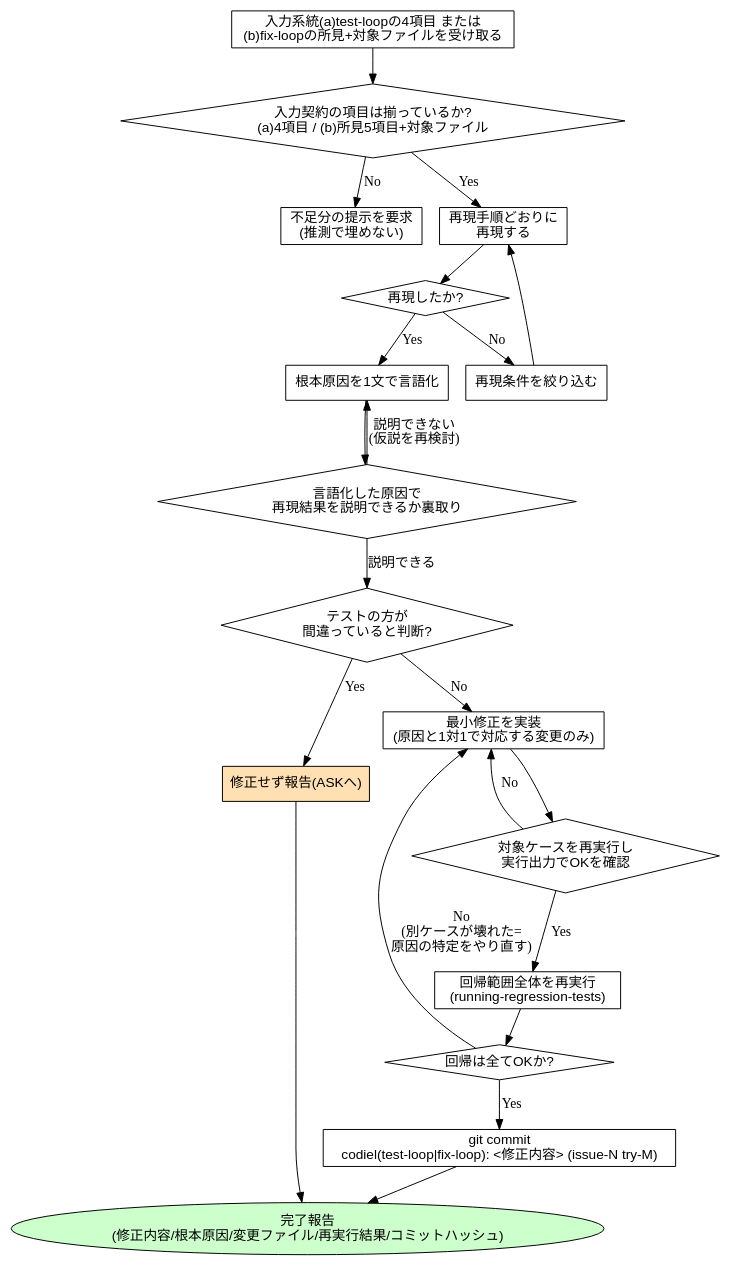
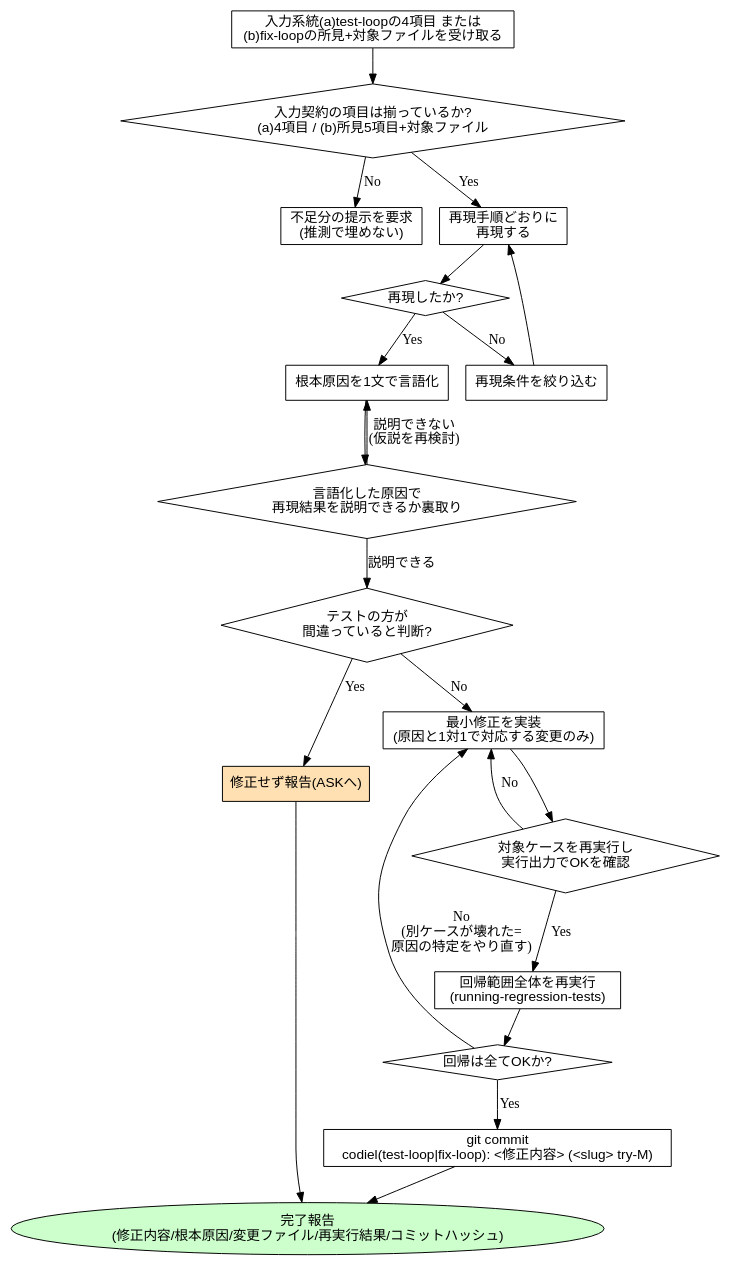
The ninth of 15 diagrams in plugins/codiel/docs/skill-flowcharts.md (Amatsuka-kobo/amatsuka-claude-plugins), drawn with Graphviz before and after one commit. The commit also changed other lines of this file and 15 other files, not shown here.

````diff
--- a/plugins/codiel/docs/skill-flowcharts.md
+++ b/plugins/codiel/docs/skill-flowcharts.md
@@ -378,55 +341,55 @@
 ```dot
 digraph fixing_failures {
   rankdir=TB;
   node [fontname="sans-serif"];
 
   receive [label="入力系統(a)test-loopの4項目 または\n(b)fix-loopの所見+対象ファイルを受け取る", shape=box];
   complete_input [label="入力契約の項目は揃っているか?\n(a)4項目 / (b)所見5項目+対象ファイル", shape=diamond];
   request_more [label="不足分の提示を要求\n(推測で埋めない)", shape=box];
 
   reproduce [label="再現手順どおりに\n再現する", shape=box];
   reproduced [label="再現したか?", shape=diamond];
   narrow [label="再現条件を絞り込む", shape=box];
 
   hypothesize [label="根本原因を1文で言語化", shape=box];
   verify_cause [label="言語化した原因で\n再現結果を説明できるか裏取り", shape=diamond];
 
   spec_wrong [label="テストの方が\n間違っていると判断?", shape=diamond];
   escalate [label="修正せず報告(ASKへ)", shape=box, style=filled, fillcolor="#ffe0b3"];
 
   minimal_fix [label="最小修正を実装\n(原因と1対1で対応する変更のみ)", shape=box];
   verify_target [label="対象ケースを再実行し\n実行出力でOKを確認", shape=diamond];
   regress_all [label="回帰範囲全体を再実行\n(running-regression-tests)", shape=box];
   regress_ok [label="回帰は全てOKか?", shape=diamond];
 
-  commit [label="git commit\ncodiel(test-loop|fix-loop): <修正内容> (issue-N try-M)", shape=box];
+  commit [label="git commit\ncodiel(test-loop|fix-loop): <修正内容> (<slug> try-M)", shape=box];
   report [label="完了報告\n(修正内容/根本原因/変更ファイル/再実行結果/コミットハッシュ)", shape=ellipse, style=filled, fillcolor="#ccffcc"];
 
   receive -> complete_input;
   complete_input -> request_more [label="No"];
   complete_input -> reproduce [label="Yes"];
 
   reproduce -> reproduced;
   reproduced -> narrow [label="No"];
   narrow -> reproduce;
   reproduced -> hypothesize [label="Yes"];
 
   hypothesize -> verify_cause;
   verify_cause -> hypothesize [label="説明できない\n(仮説を再検討)"];
   verify_cause -> spec_wrong [label="説明できる"];
 
   spec_wrong -> escalate [label="Yes"];
   spec_wrong -> minimal_fix [label="No"];
 
   minimal_fix -> verify_target;
   verify_target -> minimal_fix [label="No"];
   verify_target -> regress_all [label="Yes"];
 
   regress_all -> regress_ok;
   regress_ok -> minimal_fix [label="No\n(別ケースが壊れた=\n原因の特定をやり直す)"];
   regress_ok -> commit [label="Yes"];
 
   commit -> report;
   escalate -> report;
 }
 ```
````
